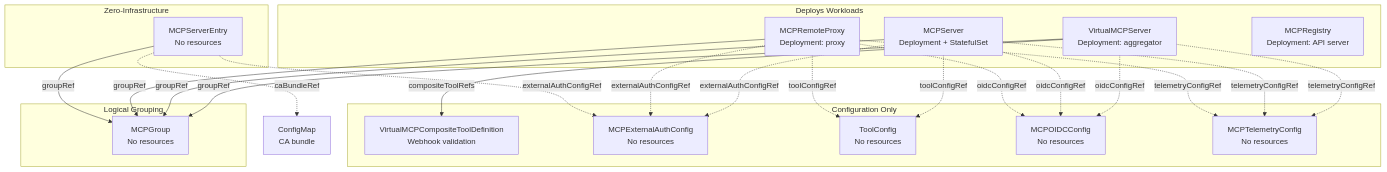
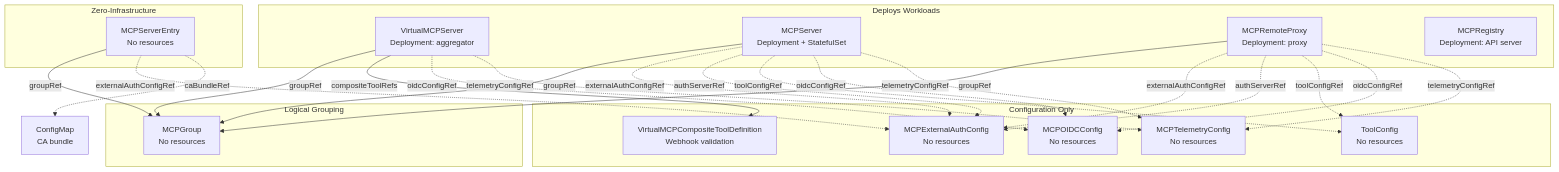
One commit to stacklok/toolhive changed the second of 4 diagrams in docs/arch/09-operator-architecture.md. Above: the diagram before and after it, drawn with Mermaid. The commit also changed other lines of this file, not shown here.

First line of the commit message:
Update operator architecture docs for authServerRef (#4780)

````diff
--- a/docs/arch/09-operator-architecture.md
+++ b/docs/arch/09-operator-architecture.md
@@ -104,46 +104,48 @@
 ```mermaid
 graph TB
     subgraph "Deploys Workloads"
         VMCP[VirtualMCPServer<br/>Deployment: aggregator]
         Server[MCPServer<br/>Deployment + StatefulSet]
         Proxy[MCPRemoteProxy<br/>Deployment: proxy]
         Registry[MCPRegistry<br/>Deployment: API server]
     end
 
     subgraph "Zero-Infrastructure"
         Entry[MCPServerEntry<br/>No resources]
     end
 
     subgraph "Logical Grouping"
         Group[MCPGroup<br/>No resources]
     end
 
     subgraph "Configuration Only"
         CTD[VirtualMCPCompositeToolDefinition<br/>Webhook validation]
         ExtAuth[MCPExternalAuthConfig<br/>No resources]
         ToolCfg[ToolConfig<br/>No resources]
         OIDCCfg[MCPOIDCConfig<br/>No resources]
         TelCfg[MCPTelemetryConfig<br/>No resources]
     end
 
     VMCP -->|groupRef| Group
     VMCP -->|compositeToolRefs| CTD
     VMCP -.->|oidcConfigRef| OIDCCfg
     VMCP -.->|telemetryConfigRef| TelCfg
 
     Server -->|groupRef| Group
     Server -.->|externalAuthConfigRef| ExtAuth
+    Server -.->|authServerRef| ExtAuth
     Server -.->|toolConfigRef| ToolCfg
     Server -.->|oidcConfigRef| OIDCCfg
     Server -.->|telemetryConfigRef| TelCfg
 
     Proxy -->|groupRef| Group
     Proxy -.->|externalAuthConfigRef| ExtAuth
+    Proxy -.->|authServerRef| ExtAuth
     Proxy -.->|toolConfigRef| ToolCfg
     Proxy -.->|oidcConfigRef| OIDCCfg
     Proxy -.->|telemetryConfigRef| TelCfg
 
     Entry -->|groupRef| Group
     Entry -.->|externalAuthConfigRef| ExtAuth
     Entry -.->|caBundleRef| ConfigMap[ConfigMap<br/>CA bundle]
 ```
````
